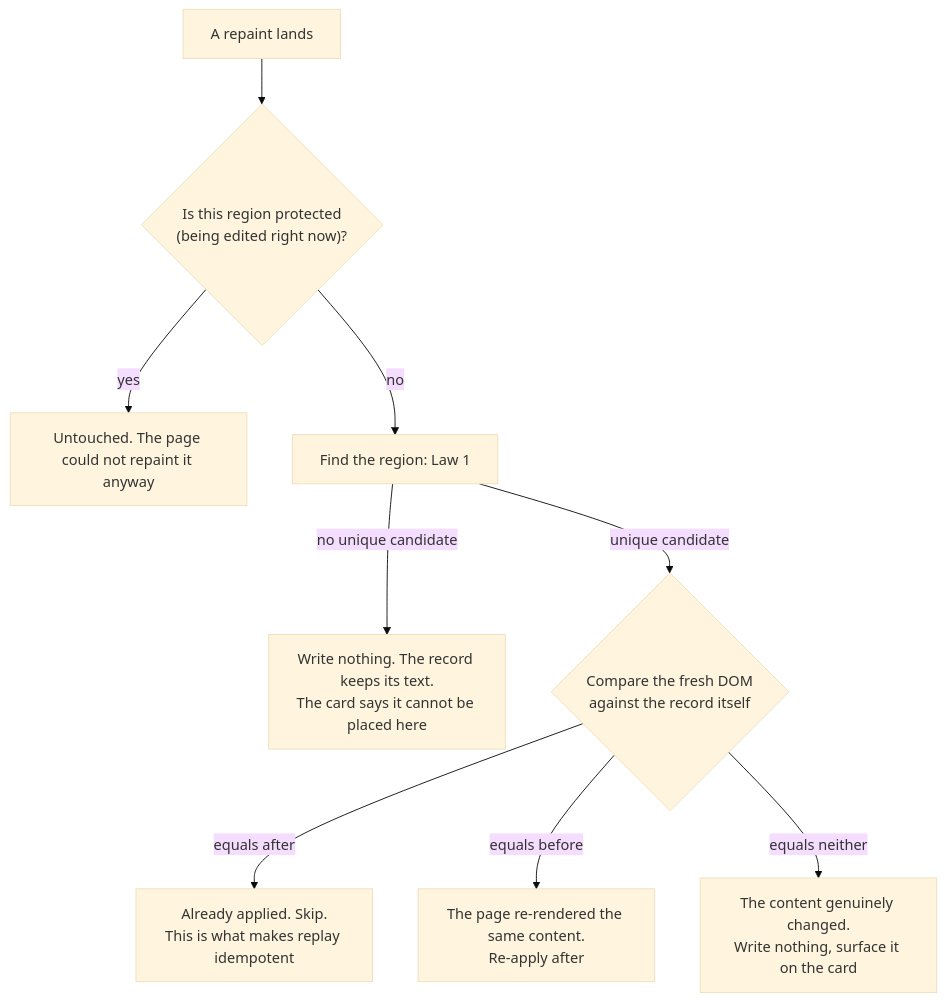
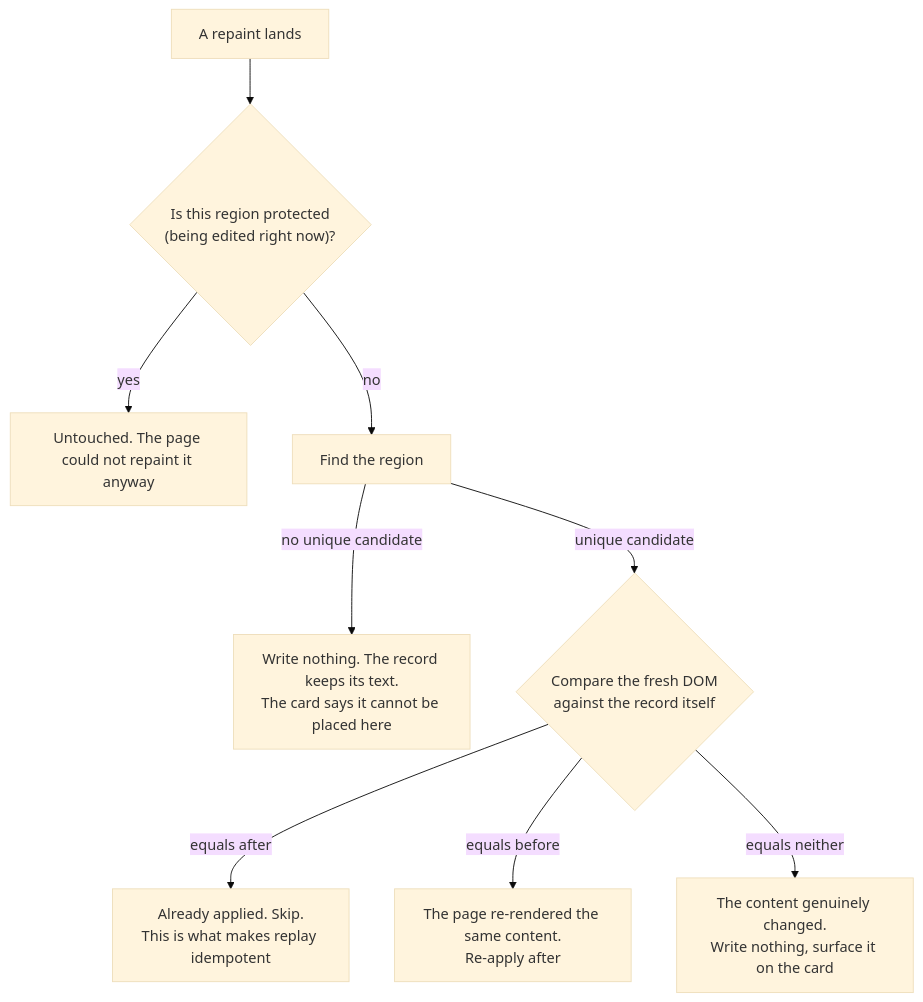
One commit to kenxle/live-agentic-html-editor changed the second of 4 diagrams in docs/features/20260812.01_live_agentic_html_editor/02_architecture_live_agentic_html_editor.md. Above: the diagram before and after it, drawn with Mermaid (base theme). The commit also changed other lines of this file and 37 other files, not shown here.

````diff
--- a/docs/features/20260812.01_live_agentic_html_editor/02_architecture_live_agentic_html_editor.md
+++ b/docs/features/20260812.01_live_agentic_html_editor/02_architecture_live_agentic_html_editor.md
@@ -158,11 +103,11 @@
 ```mermaid
 flowchart TD
     R["A repaint lands"] --> P{"Is this region protected<br/>(being edited right now)?"}
     P -->|yes| Skip["Untouched. The page could not repaint it anyway"]
-    P -->|no| Find["Find the region: Law 1"]
+    P -->|no| Find["Find the region"]
     Find -->|"no unique candidate"| Closed["Write nothing. The record keeps its text.<br/>The card says it cannot be placed here"]
     Find -->|"unique candidate"| Cmp{"Compare the fresh DOM<br/>against the record itself"}
     Cmp -->|"equals after"| Done["Already applied. Skip.<br/>This is what makes replay idempotent"]
     Cmp -->|"equals before"| Apply["The page re-rendered the same content.<br/>Re-apply after"]
     Cmp -->|"equals neither"| Moved["The content genuinely changed.<br/>Write nothing, surface it on the card"]
 ```
````
